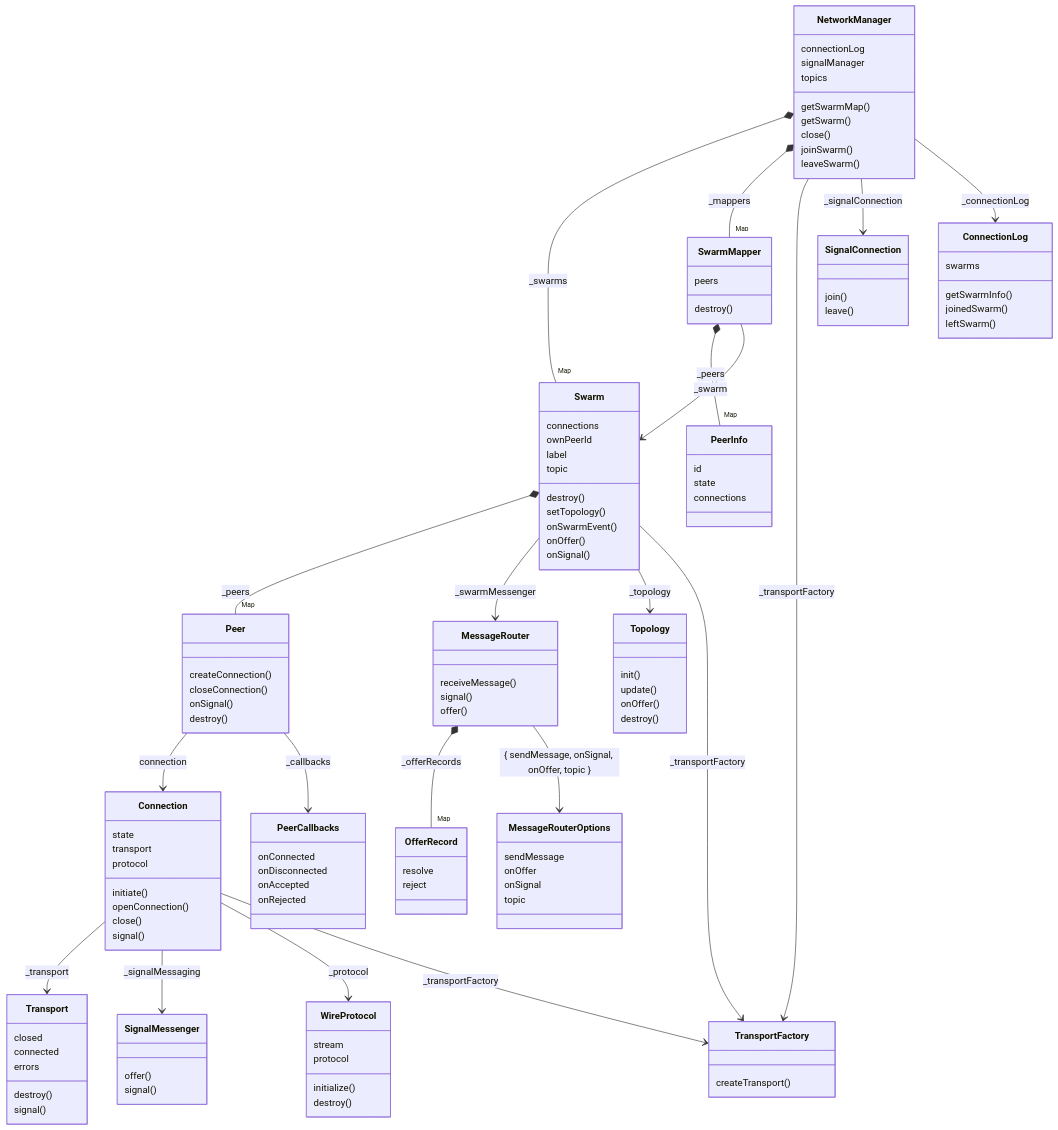
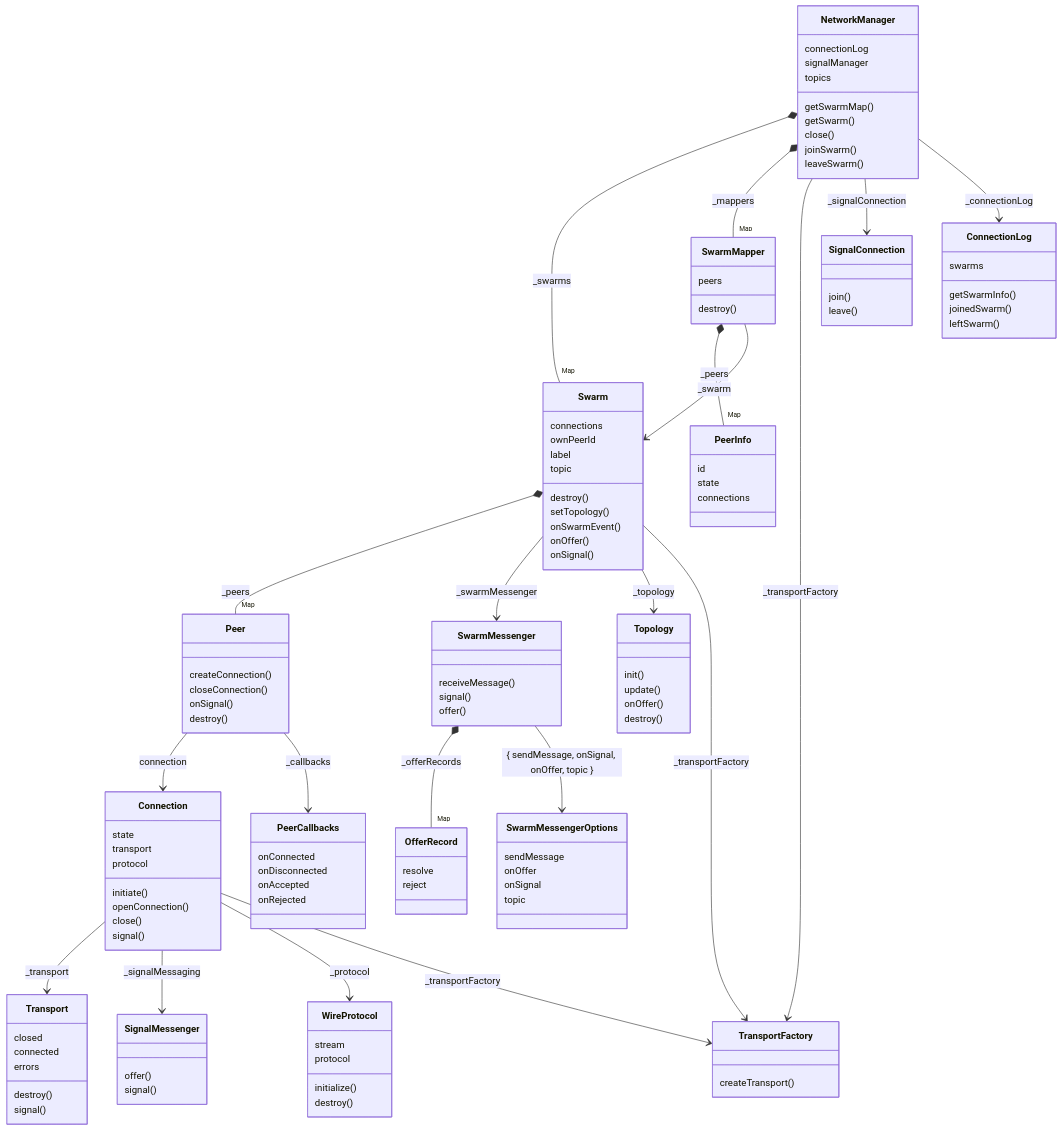
The first of 2 diagrams in packages/core/mesh/network-manager/docs/README.md (dxos/dxos), drawn with Mermaid before and after one commit. The commit also changed 5 other files, not shown here.

```diff
--- a/packages/core/mesh/network-manager/docs/README.md
+++ b/packages/core/mesh/network-manager/docs/README.md
@@ -35,7 +35,7 @@
   onSignal()
 }
 Swarm *-- "Map" Peer : _peers
-Swarm --> MessageRouter : _swarmMessenger
+Swarm --> SwarmMessenger : _swarmMessenger
 Swarm --> Topology : _topology
 Swarm --> TransportFactory : _transportFactory
 class Peer {
@@ -90,19 +90,19 @@
   onAccepted
   onRejected
 }
-class MessageRouter {
+class SwarmMessenger {
   receiveMessage()
   signal()
   offer()
 }
-MessageRouter *-- "Map" OfferRecord : _offerRecords
-MessageRouter --> MessageRouterOptions : { sendMessage, onSignal, onOffer, topic }
+SwarmMessenger *-- "Map" OfferRecord : _offerRecords
+SwarmMessenger --> SwarmMessengerOptions : { sendMessage, onSignal, onOffer, topic }
 class OfferRecord {
   <interface>
   resolve
   reject
 }
-class MessageRouterOptions {
+class SwarmMessengerOptions {
   <interface>
   sendMessage
   onOffer
```
